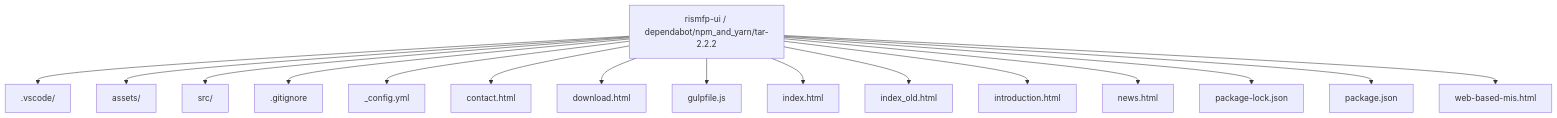
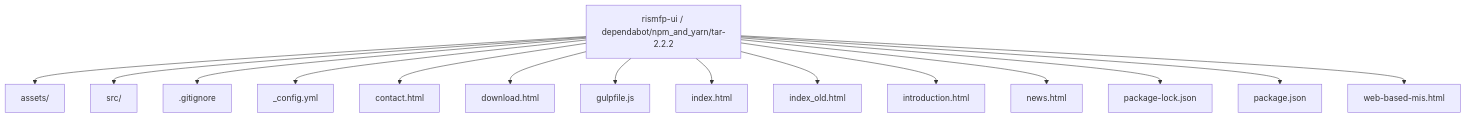
Before and after one commit to Nischhalsubba/rismfp-ui: the first of 5 diagrams in README.md, drawn with Mermaid. The commit also changed other lines of this file, not shown here.

````diff
--- a/README.md
+++ b/README.md
@@ -25,19 +56,18 @@
 ```mermaid
 flowchart TD
     ROOT["rismfp-ui / dependabot/npm_and_yarn/tar-2.2.2"]
-    ROOT --> P0[".vscode/"]
-    ROOT --> P1["assets/"]
-    ROOT --> P2["src/"]
-    ROOT --> P3[".gitignore"]
-    ROOT --> P4["_config.yml"]
-    ROOT --> P5["contact.html"]
-    ROOT --> P6["download.html"]
-    ROOT --> P7["gulpfile.js"]
-    ROOT --> P8["index.html"]
-    ROOT --> P9["index_old.html"]
-    ROOT --> P10["introduction.html"]
-    ROOT --> P11["news.html"]
-    ROOT --> P12["package-lock.json"]
-    ROOT --> P13["package.json"]
-    ROOT --> P14["web-based-mis.html"]
+    ROOT --> P0["assets/"]
+    ROOT --> P1["src/"]
+    ROOT --> P2[".gitignore"]
+    ROOT --> P3["_config.yml"]
+    ROOT --> P4["contact.html"]
+    ROOT --> P5["download.html"]
+    ROOT --> P6["gulpfile.js"]
+    ROOT --> P7["index.html"]
+    ROOT --> P8["index_old.html"]
+    ROOT --> P9["introduction.html"]
+    ROOT --> P10["news.html"]
+    ROOT --> P11["package-lock.json"]
+    ROOT --> P12["package.json"]
+    ROOT --> P13["web-based-mis.html"]
 ```
````
